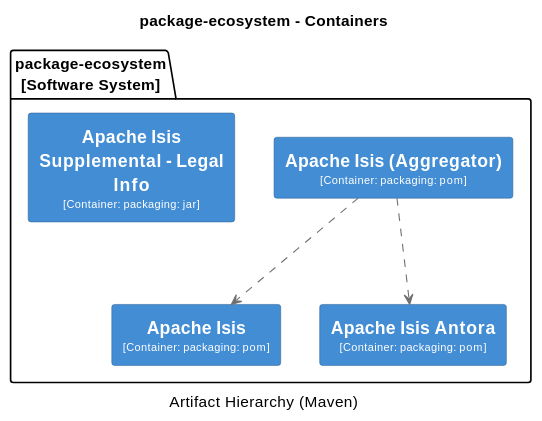
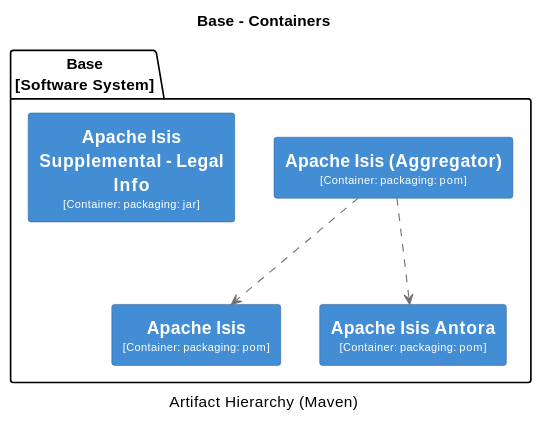
Before and after one commit to apache/causeway: the first of 18 diagrams in antora/components/system/modules/ROOT/pages/system-overview.adoc, drawn with PlantUML. The commit also changed other lines of this file and 1 other file, not shown here.

Commit message:
ISIS-2473: system overview: more meaningful diagram titles

```diff
--- a/antora/components/system/modules/ROOT/pages/system-overview.adoc
+++ b/antora/components/system/modules/ROOT/pages/system-overview.adoc
@@ -9,44 +9,44 @@
 [plantuml,Base,svg]
 ----
 @startuml(id=Base)
-title package-ecosystem - Containers
+title Base - Containers
 caption Artifact Hierarchy (Maven)
 
 skinparam {
   shadowing false
   arrowFontSize 10
   defaultTextAlignment center
   wrapWidth 200
   maxMessageSize 100
 }
 hide stereotype
 skinparam rectangle<<2>> {
   BackgroundColor #438dd5
   FontColor #fffffe
   BorderColor #2E6295
 }
 skinparam rectangle<<3>> {
   BackgroundColor #438dd5
   FontColor #fffffe
   BorderColor #2E6295
 }
 skinparam rectangle<<4>> {
   BackgroundColor #438dd5
   FontColor #fffffe
   BorderColor #2E6295
 }
 skinparam rectangle<<5>> {
   BackgroundColor #438dd5
   FontColor #fffffe
   BorderColor #2E6295
 }
-package "package-ecosystem\n[Software System]" {
+package "Base\n[Software System]" {
   rectangle "==Apache Isis\n<size:10>[Container: packaging: pom]</size>" <<4>> as 4
   rectangle "==Apache Isis (Aggregator)\n<size:10>[Container: packaging: pom]</size>" <<2>> as 2
   rectangle "==Apache Isis Antora\n<size:10>[Container: packaging: pom]</size>" <<3>> as 3
   rectangle "==Apache Isis Supplemental - Legal Info\n<size:10>[Container: packaging: jar]</size>" <<5>> as 5
 }
 2 .[#707070].> 4 : ""
 2 .[#707070].> 3 : ""
 @enduml
 ----
```
